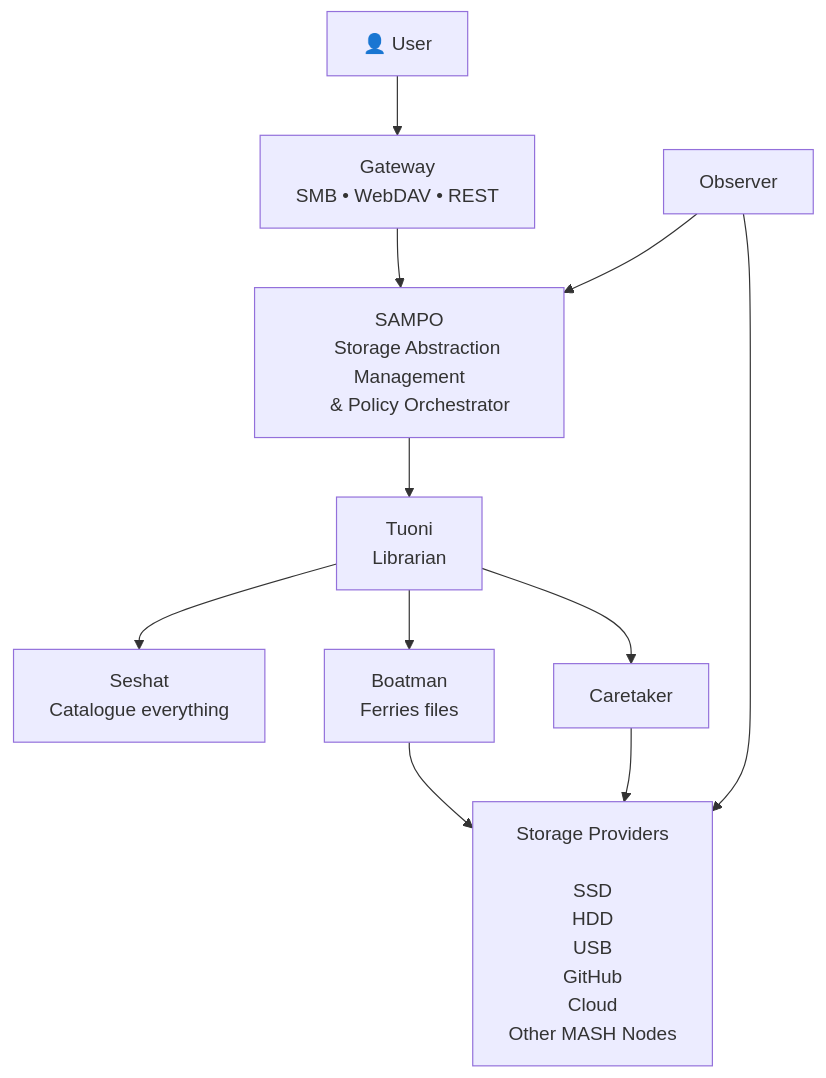
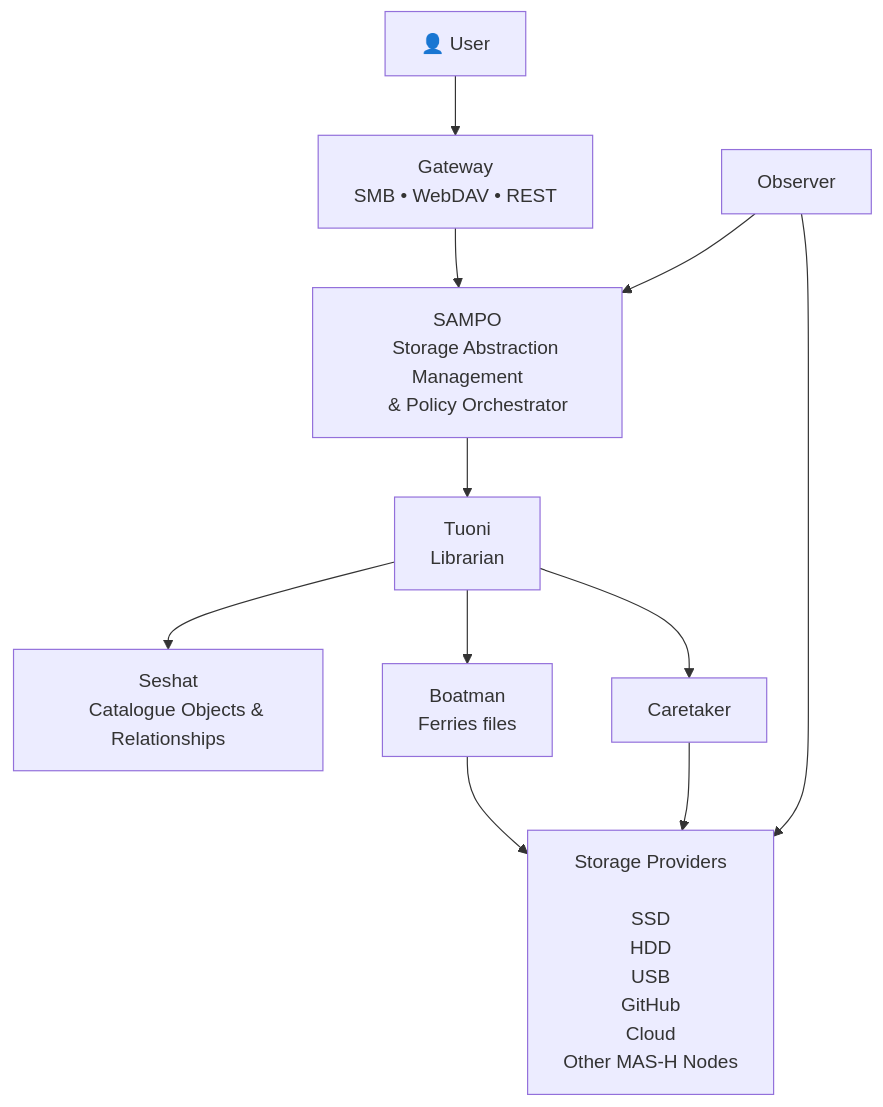
One commit to R2Pitou/Mas-h changed the diagram in README.md. Above: the diagram before and after it, drawn with Mermaid. The commit also changed other lines of this file and 2 other files, not shown here.

First line of the commit message:
Docs: rename MASH to MAS-H and expand object model

````diff
--- a/README.md
+++ b/README.md
@@ -36,50 +30,50 @@
 ```mermaid
 flowchart TB
 
     User["👤 User"]
 
     Gateway["Gateway
     SMB • WebDAV • REST"]
 
     SAMPO["SAMPO
     Storage Abstraction Management
     & Policy Orchestrator"]
 
     Tuoni["Tuoni
     Librarian"]
 
     Seshat["Seshat
-    Catalogue everything"]
+    Catalogue Objects & Relationships"]
 
     Boatman["Boatman
     Ferries files"]
 
     Observer["Observer"]
 
     Caretaker["Caretaker"]
 
     Storage["Storage Providers
 
     SSD
     HDD
     USB
     GitHub
     Cloud
-    Other MASH Nodes"]
+    Other MAS-H Nodes"]
 
     User --> Gateway
 
     Gateway --> SAMPO
 
     Observer --> SAMPO
 
     SAMPO --> Tuoni
 
     Tuoni --> Seshat
     Tuoni --> Boatman
     Tuoni --> Caretaker
 
     Boatman --> Storage
     Observer --> Storage
     Caretaker --> Storage
 ```
````
